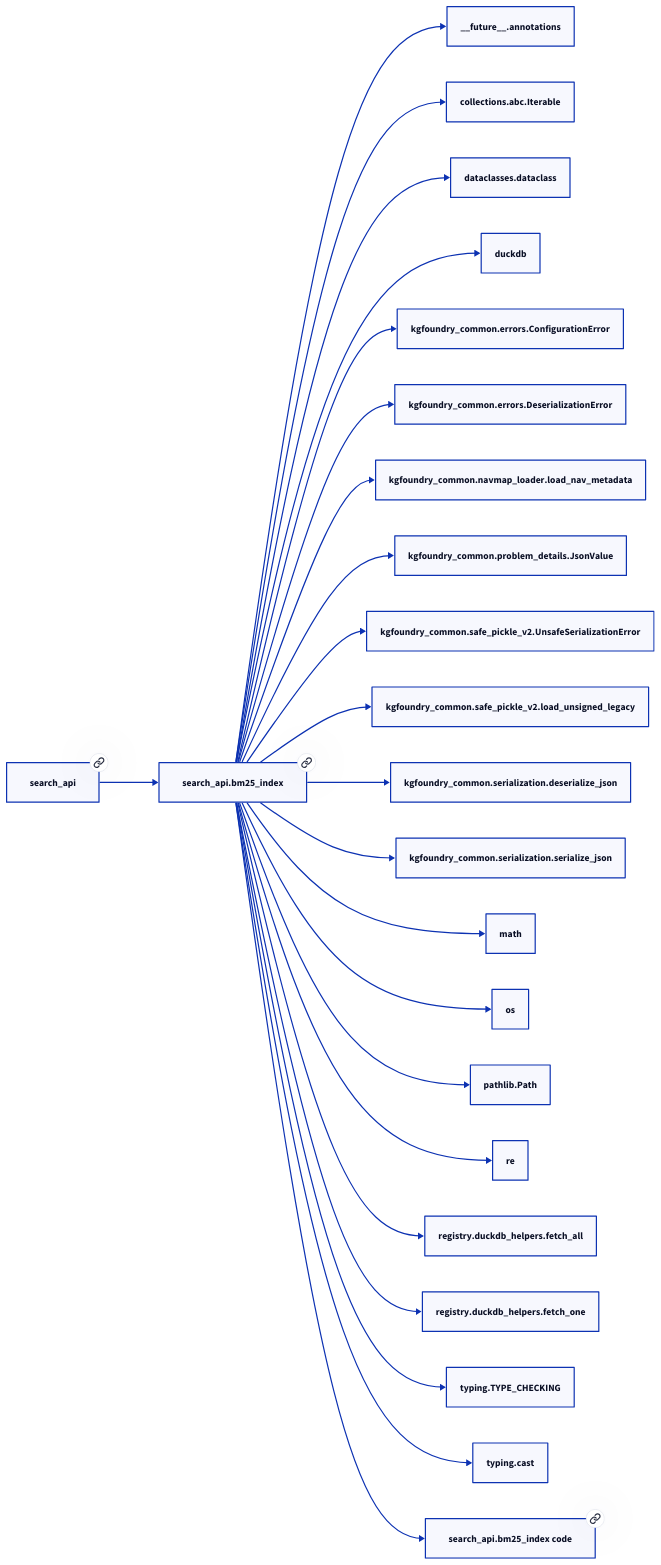
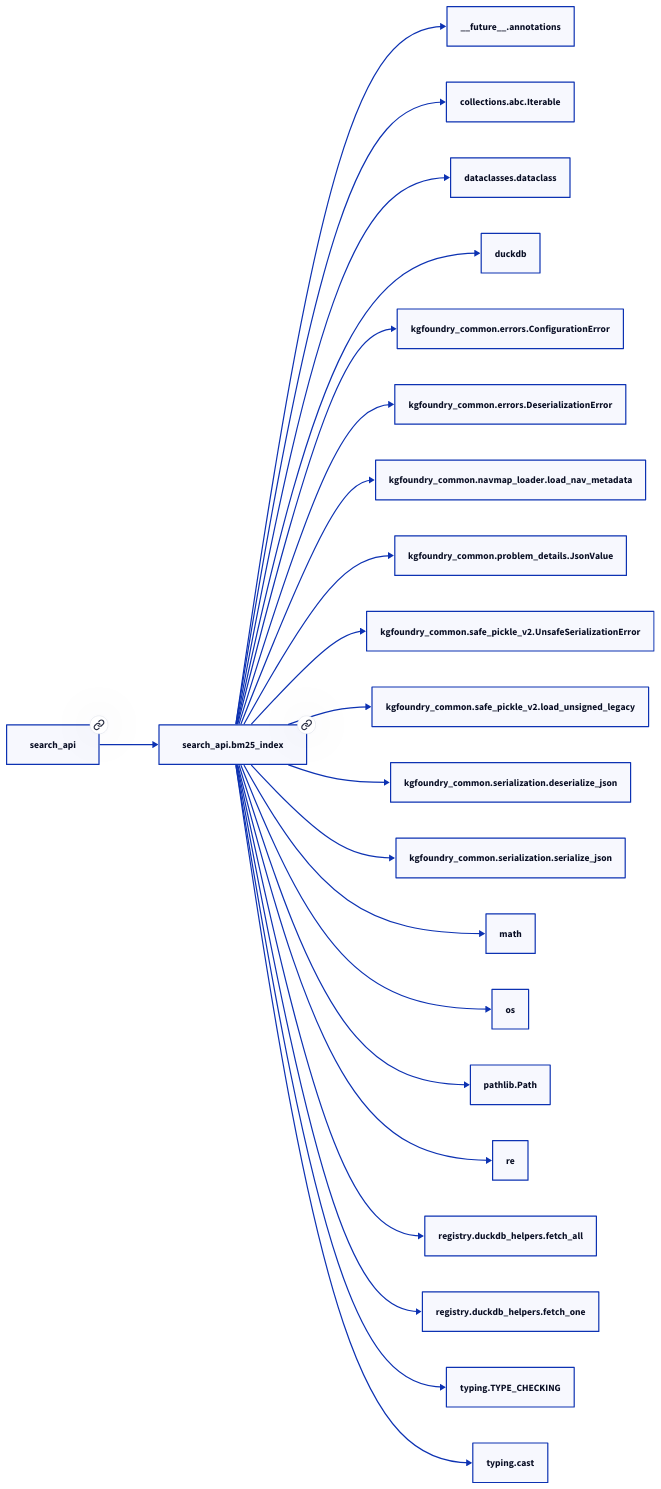
One commit to paul-heyse/kgforge changed the second of 2 diagrams in docs/modules/search_api/bm25_index.md. Above: the diagram before and after it, drawn with D2. The commit also changed other lines of this file and 118 other files, not shown here.

````diff
--- a/docs/modules/search_api/bm25_index.md
+++ b/docs/modules/search_api/bm25_index.md
@@ -57,48 +55,46 @@
 ```d2
 direction: right
-"search_api.bm25_index": "search_api.bm25_index" { link: "./search_api/bm25_index.md" }
+"search_api.bm25_index": "search_api.bm25_index" { link: "bm25_index.md" }
 "__future__.annotations": "__future__.annotations"
 "search_api.bm25_index" -> "__future__.annotations"
 "collections.abc.Iterable": "collections.abc.Iterable"
 "search_api.bm25_index" -> "collections.abc.Iterable"
 "dataclasses.dataclass": "dataclasses.dataclass"
 "search_api.bm25_index" -> "dataclasses.dataclass"
 "duckdb": "duckdb"
 "search_api.bm25_index" -> "duckdb"
 "kgfoundry_common.errors.ConfigurationError": "kgfoundry_common.errors.ConfigurationError"
 "search_api.bm25_index" -> "kgfoundry_common.errors.ConfigurationError"
 "kgfoundry_common.errors.DeserializationError": "kgfoundry_common.errors.DeserializationError"
 "search_api.bm25_index" -> "kgfoundry_common.errors.DeserializationError"
 "kgfoundry_common.navmap_loader.load_nav_metadata": "kgfoundry_common.navmap_loader.load_nav_metadata"
 "search_api.bm25_index" -> "kgfoundry_common.navmap_loader.load_nav_metadata"
 "kgfoundry_common.problem_details.JsonValue": "kgfoundry_common.problem_details.JsonValue"
 "search_api.bm25_index" -> "kgfoundry_common.problem_details.JsonValue"
 "kgfoundry_common.safe_pickle_v2.UnsafeSerializationError": "kgfoundry_common.safe_pickle_v2.UnsafeSerializationError"
 "search_api.bm25_index" -> "kgfoundry_common.safe_pickle_v2.UnsafeSerializationError"
 "kgfoundry_common.safe_pickle_v2.load_unsigned_legacy": "kgfoundry_common.safe_pickle_v2.load_unsigned_legacy"
 "search_api.bm25_index" -> "kgfoundry_common.safe_pickle_v2.load_unsigned_legacy"
 "kgfoundry_common.serialization.deserialize_json": "kgfoundry_common.serialization.deserialize_json"
 "search_api.bm25_index" -> "kgfoundry_common.serialization.deserialize_json"
 "kgfoundry_common.serialization.serialize_json": "kgfoundry_common.serialization.serialize_json"
 "search_api.bm25_index" -> "kgfoundry_common.serialization.serialize_json"
 "math": "math"
 "search_api.bm25_index" -> "math"
 "os": "os"
 "search_api.bm25_index" -> "os"
 "pathlib.Path": "pathlib.Path"
 "search_api.bm25_index" -> "pathlib.Path"
 "re": "re"
 "search_api.bm25_index" -> "re"
 "registry.duckdb_helpers.fetch_all": "registry.duckdb_helpers.fetch_all"
 "search_api.bm25_index" -> "registry.duckdb_helpers.fetch_all"
 "registry.duckdb_helpers.fetch_one": "registry.duckdb_helpers.fetch_one"
 "search_api.bm25_index" -> "registry.duckdb_helpers.fetch_one"
 "typing.TYPE_CHECKING": "typing.TYPE_CHECKING"
 "search_api.bm25_index" -> "typing.TYPE_CHECKING"
 "typing.cast": "typing.cast"
 "search_api.bm25_index" -> "typing.cast"
-"search_api": "search_api" { link: "./search_api.md" }
+"search_api": "search_api" { link: "../search_api.md" }
 "search_api" -> "search_api.bm25_index"
-"search_api.bm25_index_code": "search_api.bm25_index code" { link: "https://github.com/kgfoundry/kgfoundry/blob/main/src/search_api/bm25_index.py" }
-"search_api.bm25_index" -> "search_api.bm25_index_code" { style: dashed }
 ```
````
